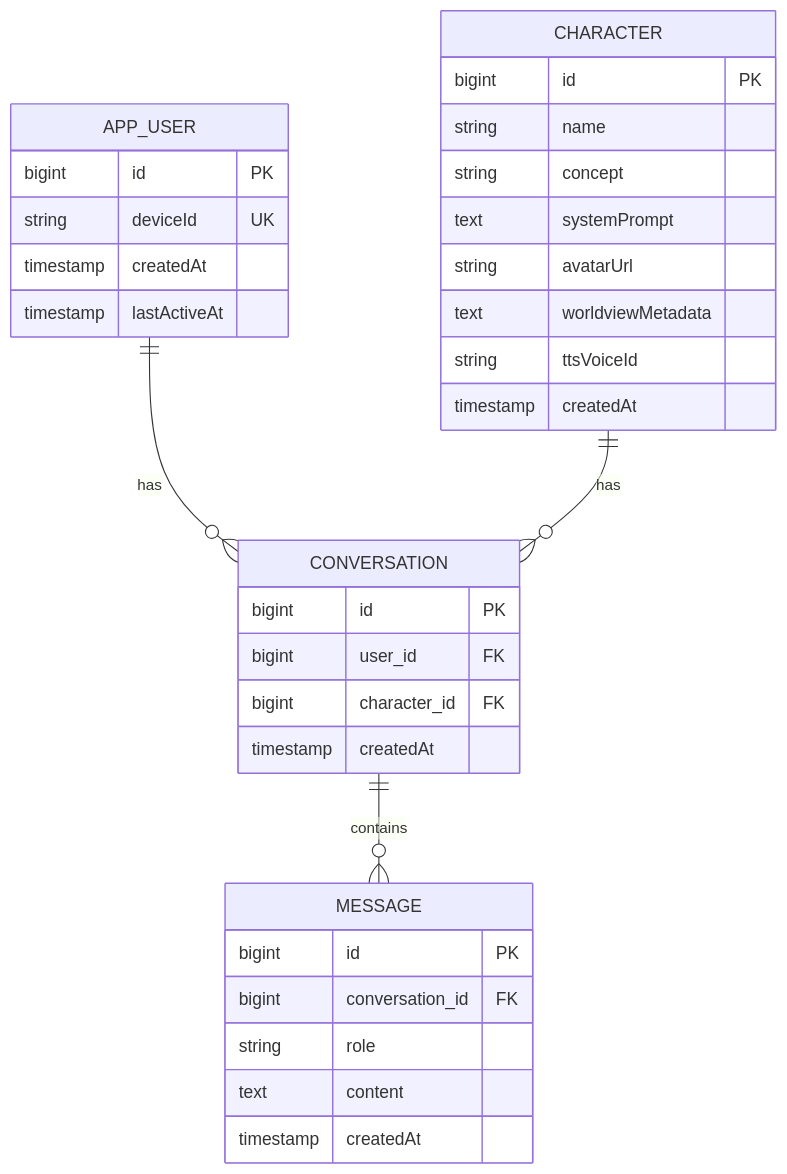
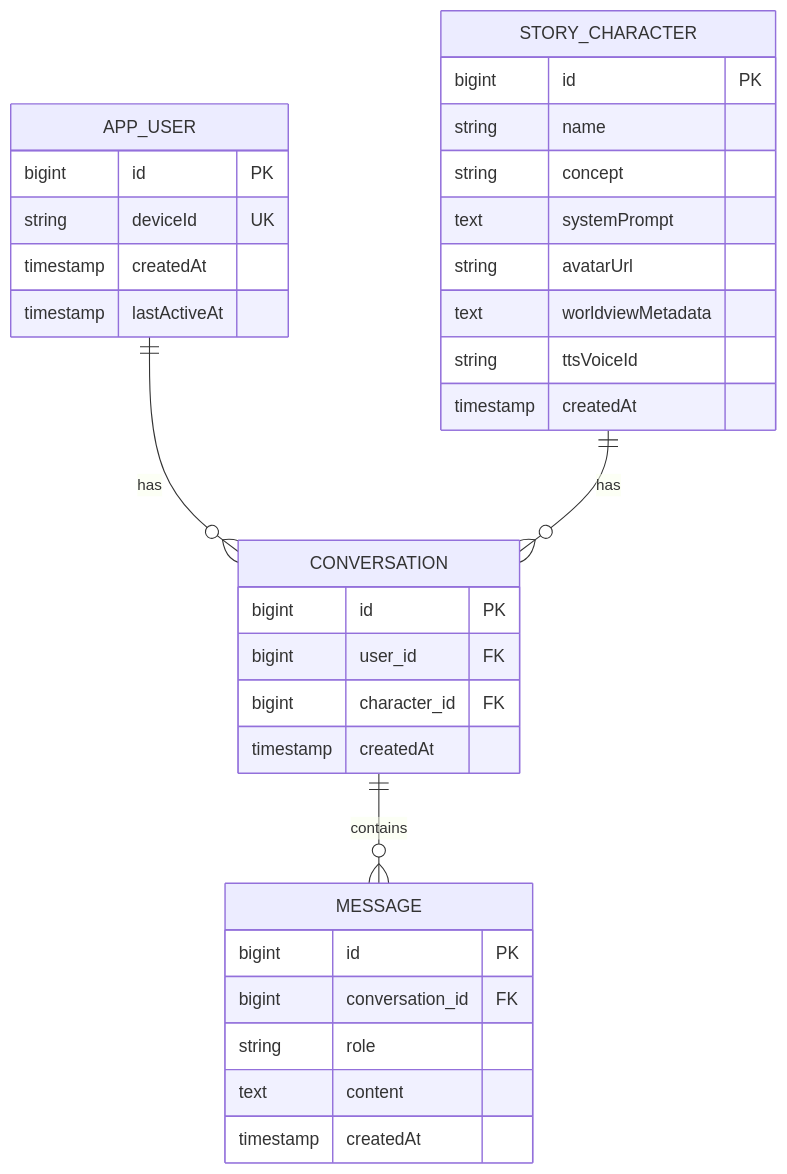
Before and after one commit to UiHyungZo/storia-story-chat: the diagram in docs/erd/README.md, drawn with Mermaid. The commit also changed other lines of this file and 1 other file, not shown here.

Commit message:
docs: update ERD and architecture diagrams for MariaDB/story_character

````diff
--- a/docs/erd/README.md
+++ b/docs/erd/README.md
@@ -5,39 +5,39 @@
 ```mermaid
 erDiagram
     APP_USER ||--o{ CONVERSATION : has
-    CHARACTER ||--o{ CONVERSATION : has
+    STORY_CHARACTER ||--o{ CONVERSATION : has
     CONVERSATION ||--o{ MESSAGE : contains
 
     APP_USER {
         bigint id PK
         string deviceId UK
         timestamp createdAt
         timestamp lastActiveAt
     }
 
-    CHARACTER {
+    STORY_CHARACTER {
         bigint id PK
         string name
         string concept
         text systemPrompt
         string avatarUrl
         text worldviewMetadata
         string ttsVoiceId
         timestamp createdAt
     }
 
     CONVERSATION {
         bigint id PK
         bigint user_id FK
         bigint character_id FK
         timestamp createdAt
     }
 
     MESSAGE {
         bigint id PK
         bigint conversation_id FK
         string role
         text content
         timestamp createdAt
     }
 ```
````
